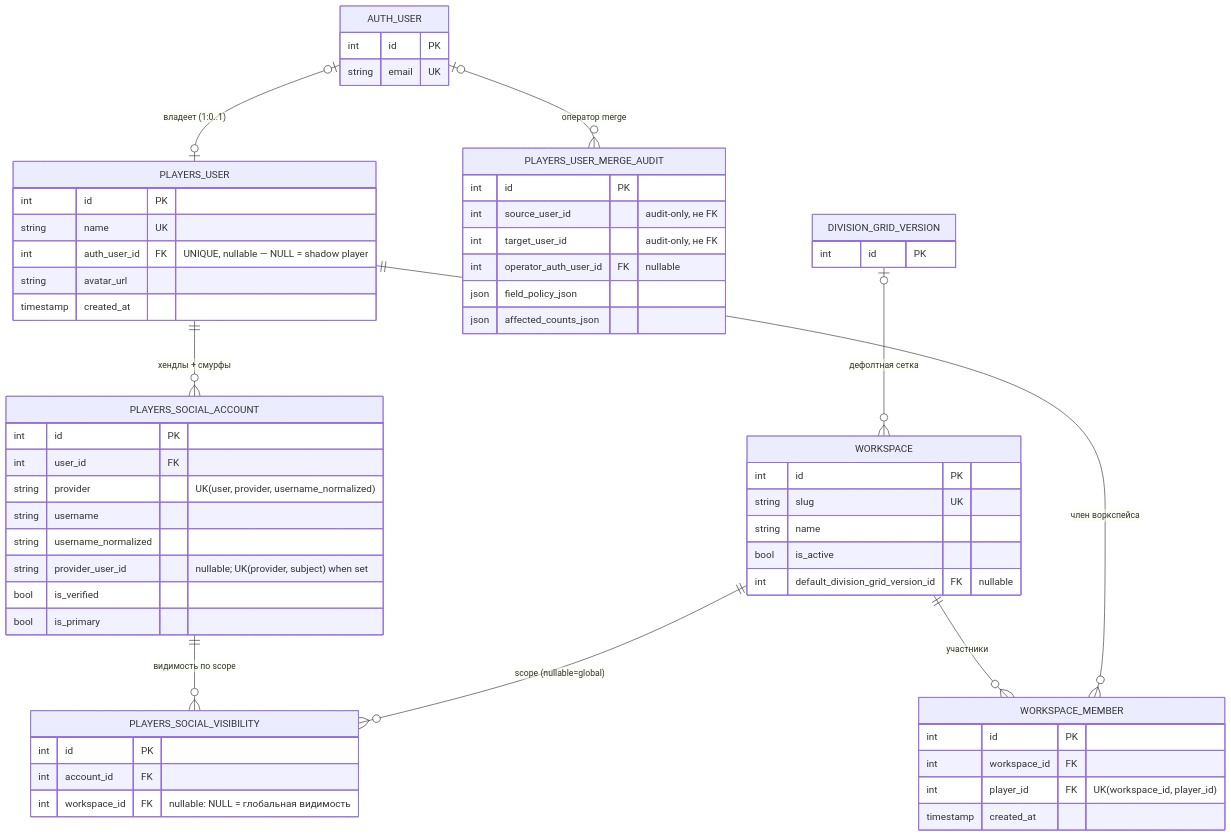
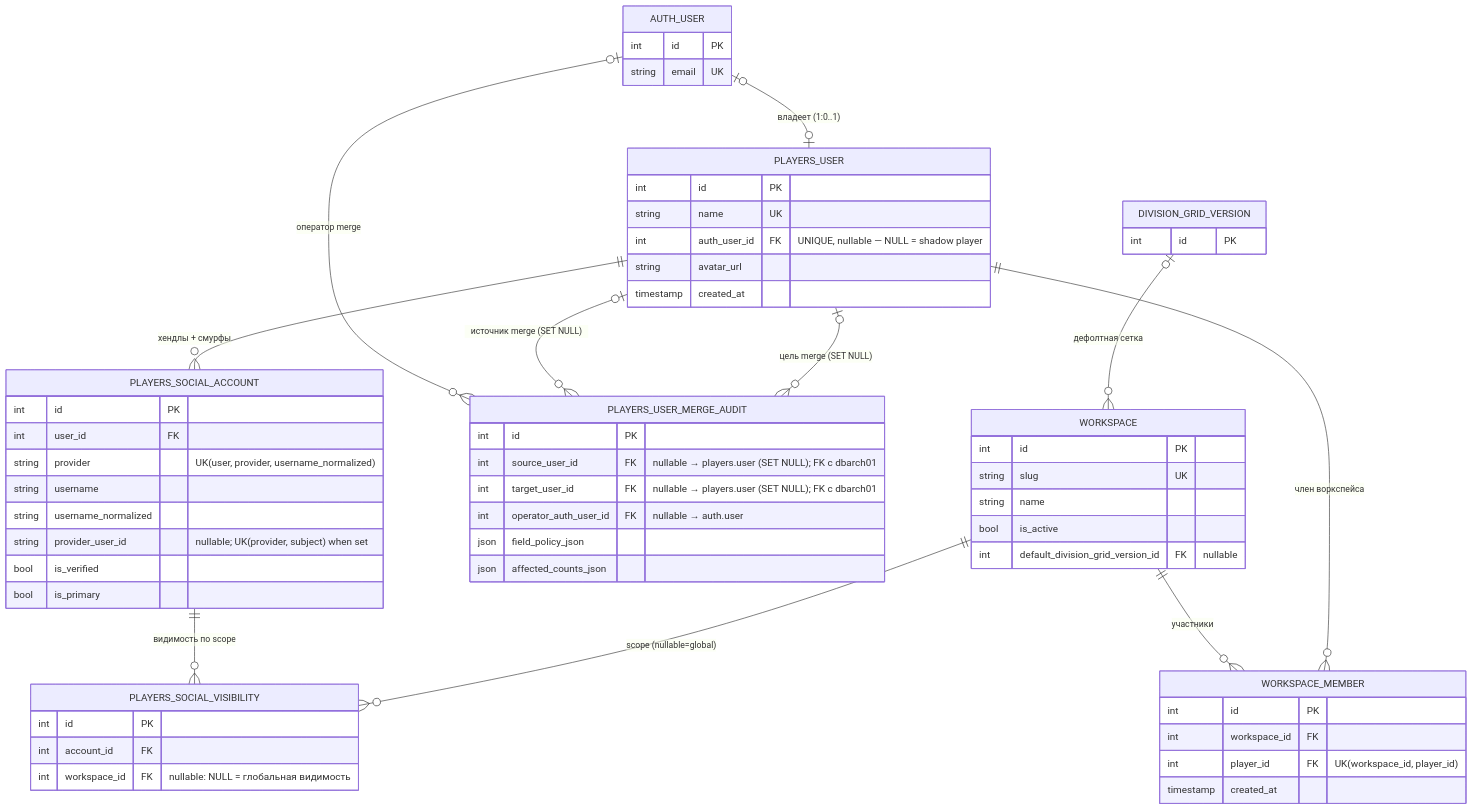
The third of 13 diagrams in docs/database_erd.md (CraazzzyyFoxx/overwatch-tournaments), drawn with Mermaid before and after one commit. The commit also changed other lines of this file and 1 other file, not shown here.

First line of the commit message:
docs(erd): update DB schema ERD to final state (dbarch06)

````diff
--- a/docs/database_erd.md
+++ b/docs/database_erd.md
@@ -221,62 +241,64 @@
 ```mermaid
 erDiagram
     AUTH_USER {
         int id PK
         string email UK
     }
     PLAYERS_USER {
         int id PK
         string name UK
         int auth_user_id FK "UNIQUE, nullable — NULL = shadow player"
         string avatar_url
         timestamp created_at
     }
     PLAYERS_SOCIAL_ACCOUNT {
         int id PK
         int user_id FK
         string provider "UK(user, provider, username_normalized)"
         string username
         string username_normalized
         string provider_user_id "nullable; UK(provider, subject) when set"
         bool is_verified
         bool is_primary
     }
     PLAYERS_SOCIAL_VISIBILITY {
         int id PK
         int account_id FK
         int workspace_id FK "nullable: NULL = глобальная видимость"
     }
     PLAYERS_USER_MERGE_AUDIT {
         int id PK
-        int source_user_id "audit-only, не FK"
-        int target_user_id "audit-only, не FK"
-        int operator_auth_user_id FK "nullable"
+        int source_user_id FK "nullable → players.user (SET NULL); FK с dbarch01"
+        int target_user_id FK "nullable → players.user (SET NULL); FK с dbarch01"
+        int operator_auth_user_id FK "nullable → auth.user"
         json field_policy_json
         json affected_counts_json
     }
     WORKSPACE {
         int id PK
         string slug UK
         string name
         bool is_active
         int default_division_grid_version_id FK "nullable"
     }
     WORKSPACE_MEMBER {
         int id PK
         int workspace_id FK
         int player_id FK "UK(workspace_id, player_id)"
         timestamp created_at
     }
     DIVISION_GRID_VERSION {
         int id PK
     }
 
     AUTH_USER |o--o| PLAYERS_USER : "владеет (1:0..1)"
     PLAYERS_USER ||--o{ PLAYERS_SOCIAL_ACCOUNT : "хендлы + смурфы"
     PLAYERS_SOCIAL_ACCOUNT ||--o{ PLAYERS_SOCIAL_VISIBILITY : "видимость по scope"
     WORKSPACE ||--o{ PLAYERS_SOCIAL_VISIBILITY : "scope (nullable=global)"
     AUTH_USER |o--o{ PLAYERS_USER_MERGE_AUDIT : "оператор merge"
+    PLAYERS_USER |o--o{ PLAYERS_USER_MERGE_AUDIT : "источник merge (SET NULL)"
+    PLAYERS_USER |o--o{ PLAYERS_USER_MERGE_AUDIT : "цель merge (SET NULL)"
     WORKSPACE ||--o{ WORKSPACE_MEMBER : "участники"
     PLAYERS_USER ||--o{ WORKSPACE_MEMBER : "член воркспейса"
     DIVISION_GRID_VERSION |o--o{ WORKSPACE : "дефолтная сетка"
 ```
````
